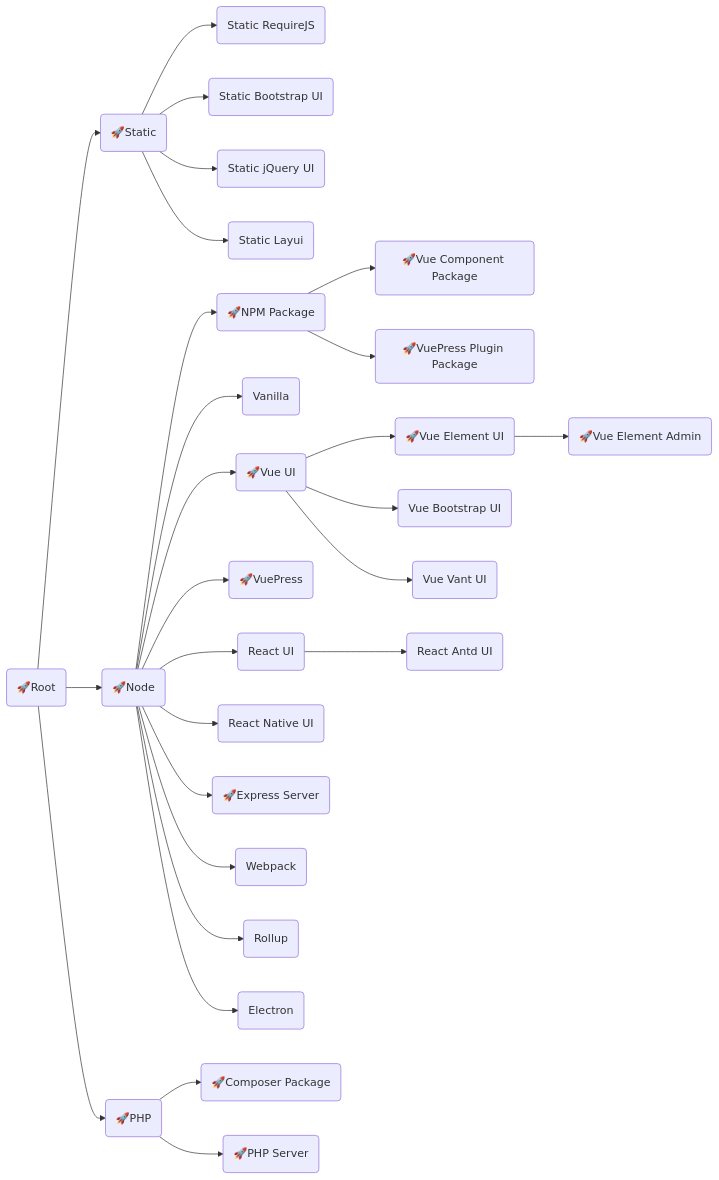
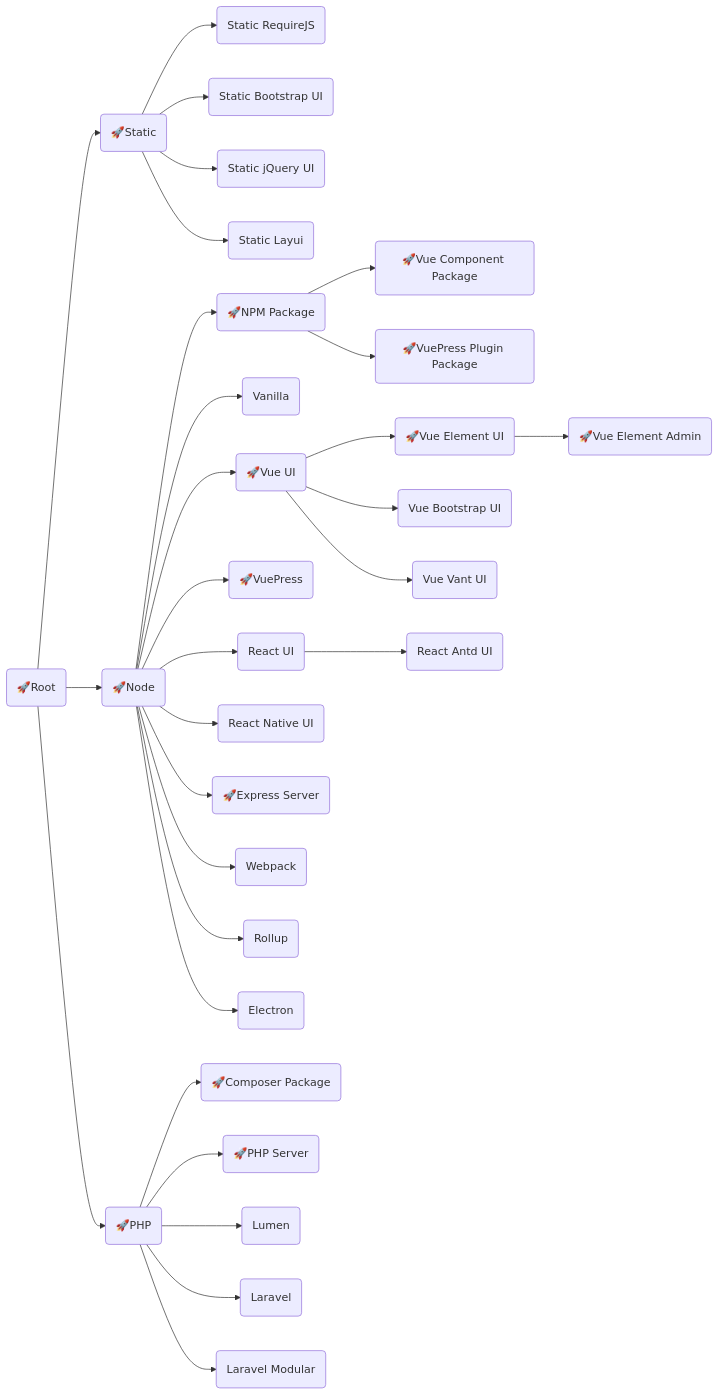
One commit to langnang-templates/.github changed the diagram in profile/README.md. Above: the diagram before and after it, drawn with Mermaid.

````diff
--- a/profile/README.md
+++ b/profile/README.md
@@ -1,46 +1,49 @@
 ```mermaid
 flowchart LR
 Root("🚀Root")
 	click Root "https://github.com/langnang-temp/root" _blank
 
 Root-->Static("🚀Static")
 	click Static "https://github.com/langnang-temp/static" _blank
 	Static-->Static_RequireJS("Static RequireJS")
 	Static-->Static_Bootstrap_UI("Static Bootstrap UI")
 	Static-->Static_jQuery_UI("Static jQuery UI")
 	Static-->Static_Layui("Static Layui")
 Root-->Node("🚀Node")
 	click Node "https://github.com/langnang-temp/node" _blank
 	Node-->NPM_Package("🚀NPM Package")
 		click NPM_Package "https://github.com/langnang-temp/npm-package" _blank
 		NPM_Package-->Vue_UI_Package("🚀Vue Component Package")
 			click Vue_UI_Package "https://github.com/langnang-temp/vue-ui-package" _blank
 		NPM_Package-->VuePress_Plugin_Package("🚀VuePress Plugin Package")
 			click VuePress_Plugin_Package "https://github.com/langnang-temp/vuepress-plugin-package" _blank
 	Node-->Vanilla("Vanilla")
 	Node-->Vue_UI("🚀Vue UI")
 		click Vue_UI "https://github.com/langnang-temp/vue-ui" _blank
 		Vue_UI-->Vue_Element_UI("🚀Vue Element UI")
 			click Vue_Element_UI "https://github.com/langnang-temp/vue-element-ui" _blank
 			Vue_Element_UI-->Vue_Element_Admin("🚀Vue Element Admin")
 				click Vue_Element_Admin "https://github.com/langnang-temp/vue-element-admin/actions" _blank
 		Vue_UI-->Vue_Bootstrap_UI("Vue Bootstrap UI")
 		Vue_UI-->Vue_Vant_UI("Vue Vant UI")
 	Node-->VuePress("🚀VuePress")
 		click VuePress "https://github.com/langnang-temp/vuepress" _blank
 	Node-->React_UI("React UI")
 		React_UI-->React_Antd_UI("React Antd UI")
 	Node-->React_Native_UI("React Native UI")
 	Node-->Express_Server("🚀Express Server")
 		click Express_Server "https://github.com/langnang-temp/express-server" _blank
 	Node-->Webpack("Webpack")
 	Node-->Rollup("Rollup")
 	Node-->Electron("Electron")
 
 Root-->PHP("🚀PHP")
 	click PHP "https://github.com/langnang-temp/php" _blank
 	PHP-->Composer_Package("🚀Composer Package")
 	click Composer_Package "https://github.com/langnang-temp/composer-package" _blank
 	PHP-->PHP_Server("🚀PHP Server")
 		click PHP_Server "https://github.com/langnang-temp/php-server" _blank
+	PHP-->Lumen("Lumen")
+	PHP-->Laravel("Laravel")
+	PHP-->Laravel_Modular("Laravel Modular")
 ```
````
